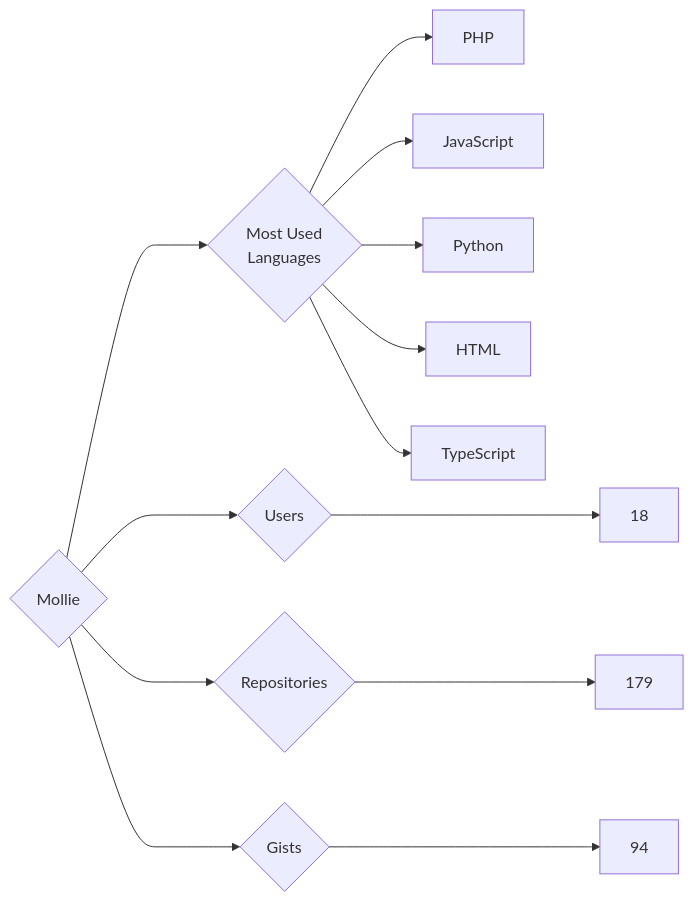
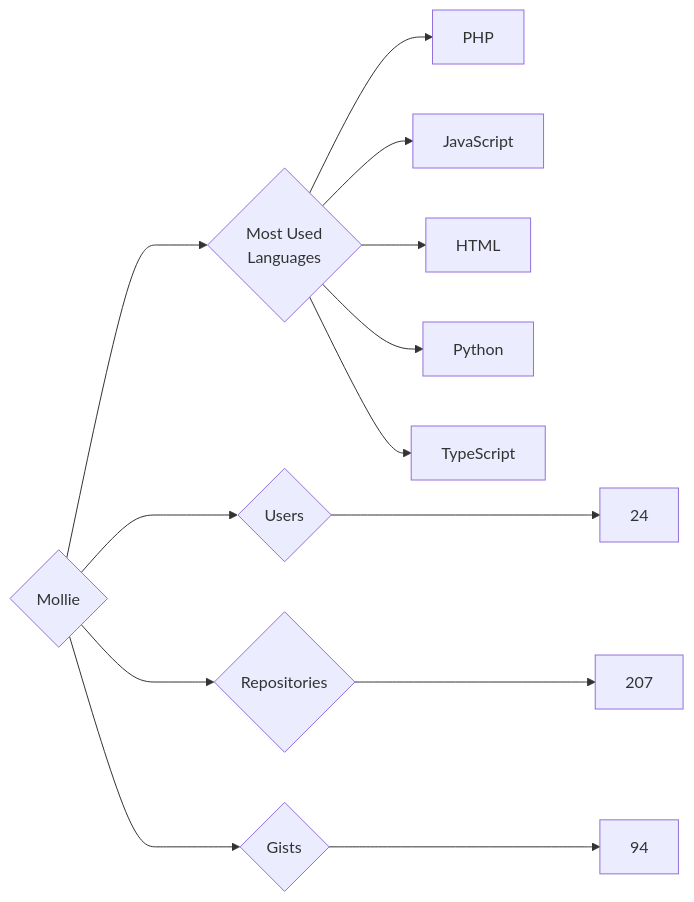
The diagram in targets/Mollie/README.md (trickest/insiders), drawn with Mermaid before and after one commit. The commit also changed 770 other files, not shown here.

````diff
--- a/targets/Mollie/README.md
+++ b/targets/Mollie/README.md
@@ -3,13 +3,13 @@
 ```mermaid
 graph LR
 COMPANY_NAME{Mollie}
-COMPANY_NAME ---> U{Users} ---> UN[18]
-COMPANY_NAME ---> R{Repositories} ---> RN[179]
+COMPANY_NAME ---> U{Users} ---> UN[24]
+COMPANY_NAME ---> R{Repositories} ---> RN[207]
 COMPANY_NAME ---> G{Gists} ---> GN[94]
 COMPANY_NAME ---> ML{Most Used<br>Languages}
 ML --> PHP[PHP]
 ML --> JavaScript[JavaScript]
+ML --> HTML[HTML]
 ML --> Python[Python]
-ML --> HTML[HTML]
 ML --> TypeScript[TypeScript]
 ```
````
